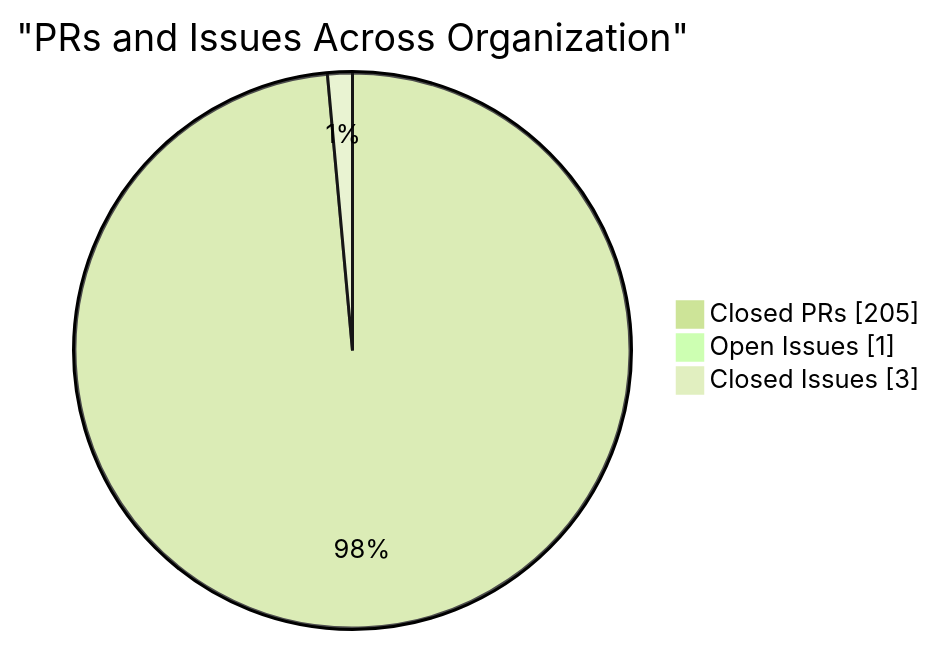
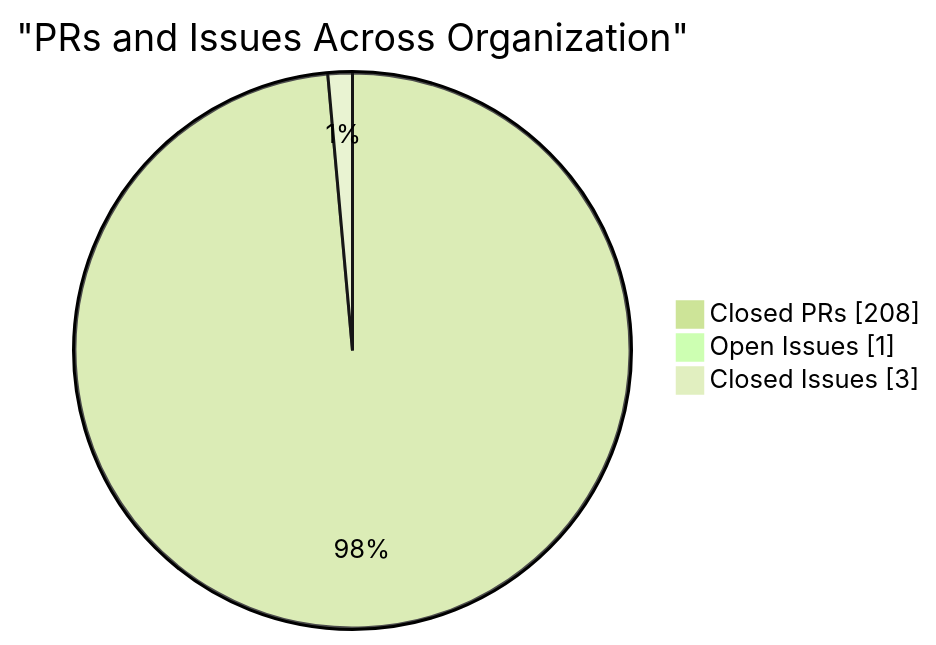
The fourth of 4 diagrams in profile/README.md (CSTH-Projects/.github), drawn with Mermaid (forest theme) before and after one commit. The commit also changed other lines of this file, not shown here.

````diff
--- a/profile/README.md
+++ b/profile/README.md
@@ -100,7 +100,7 @@
 ```mermaid
 pie showData
     title "PRs and Issues Across Organization"
-    "Closed PRs" : 205
+    "Closed PRs" : 208
     "Open Issues" : 1
     "Closed Issues" : 3
 ```
````
